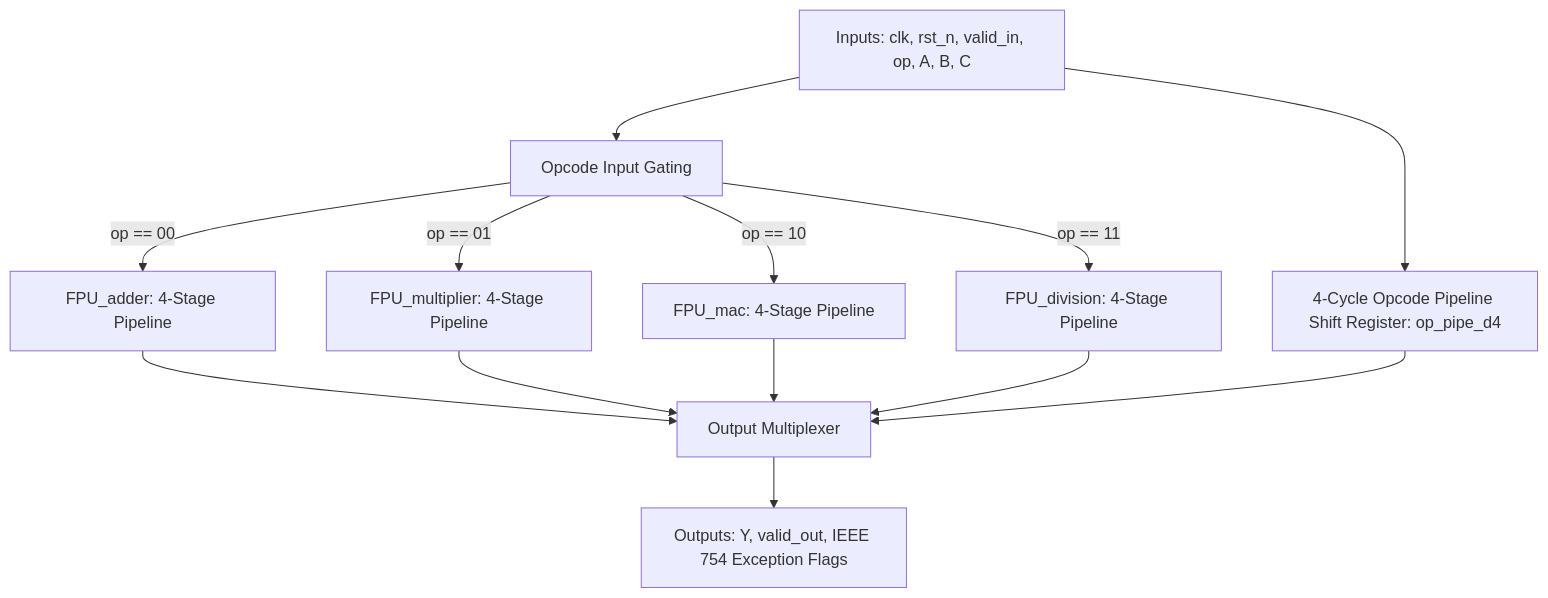
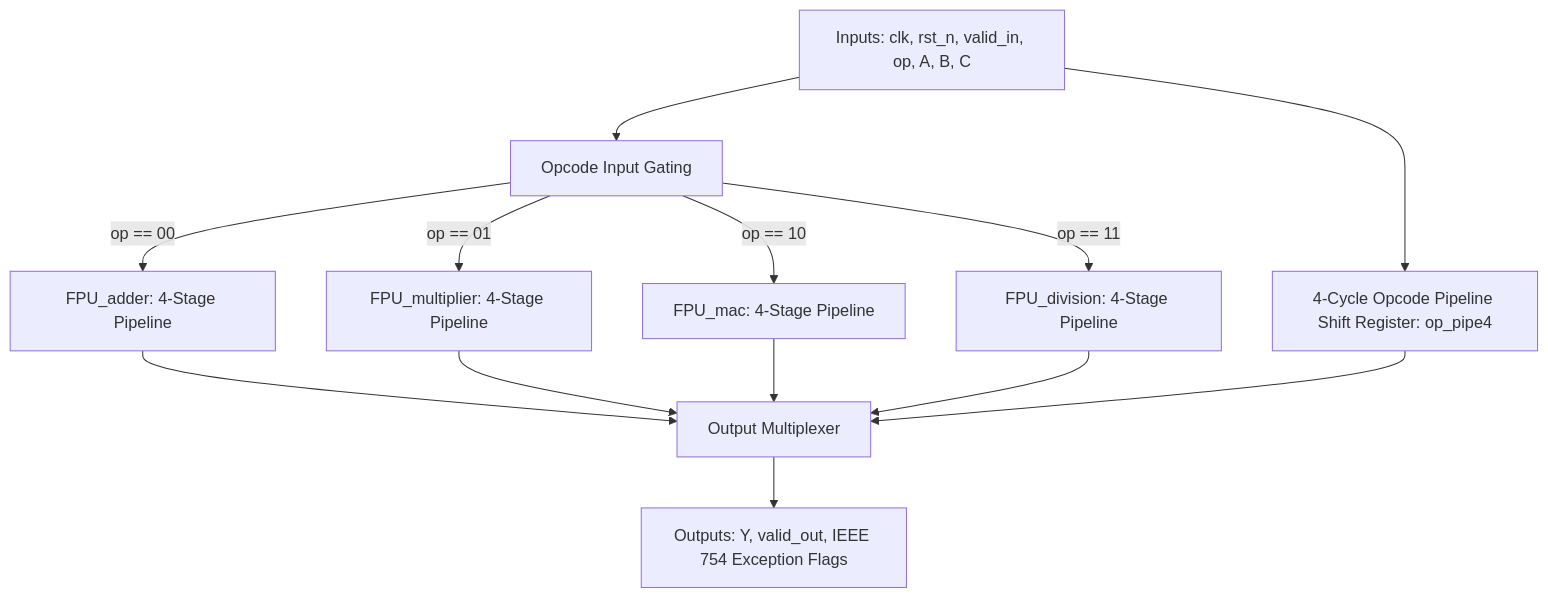
Before and after one commit to priyanshu029jain/FPU: the diagram in documantation/module_FPU_top.md, drawn with Mermaid. The commit also changed other lines of this file and 19 other files, not shown here.

````diff
--- a/documantation/module_FPU_top.md
+++ b/documantation/module_FPU_top.md
@@ -66,19 +69,19 @@
 ```mermaid
 graph TD
     In[Inputs: clk, rst_n, valid_in, op, A, B, C] --> Demux[Opcode Input Gating]
     
     Demux -->|op == 00| Adder[FPU_adder: 4-Stage Pipeline]
     Demux -->|op == 01| Mul[FPU_multiplier: 4-Stage Pipeline]
     Demux -->|op == 10| MAC[FPU_mac: 4-Stage Pipeline]
     Demux -->|op == 11| Div[FPU_division: 4-Stage Pipeline]
 
-    In --> OpPipe[4-Cycle Opcode Pipeline Shift Register: op_pipe_d4]
+    In --> OpPipe[4-Cycle Opcode Pipeline Shift Register: op_pipe4]
 
     Adder --> Mux[Output Multiplexer]
     Mul --> Mux
     MAC --> Mux
     Div --> Mux
     OpPipe --> Mux
 
     Mux --> Out[Outputs: Y, valid_out, IEEE 754 Exception Flags]
 ```
````
